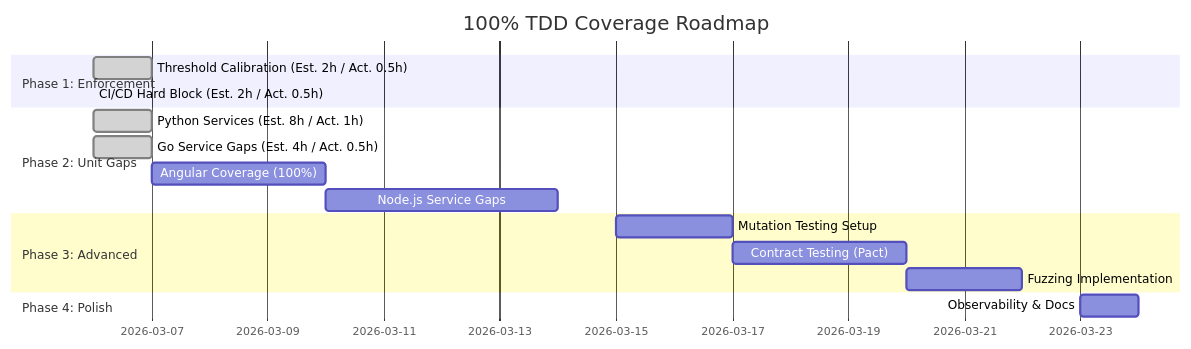
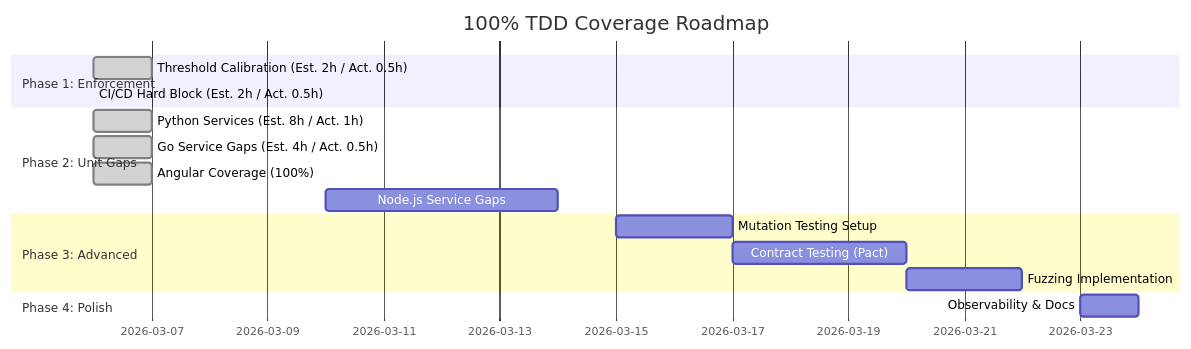
One commit to sergioitremotejobs2025-sketch/GreenHouse_Arduino changed the diagram in Timeline.md. Above: the diagram before and after it, drawn with Mermaid. The commit also changed other lines of this file and 17 other files, not shown here.

````diff
--- a/Timeline.md
+++ b/Timeline.md
@@ -49,22 +49,22 @@
 ```mermaid
 gantt
     title 100% TDD Coverage Roadmap
     dateFormat  YYYY-MM-DD
     section Phase 1: Enforcement
     Threshold Calibration (Est. 2h / Act. 0.5h)      :done, a1, 2026-03-06, 1d
     CI/CD Hard Block (Est. 2h / Act. 0.5h) :done, a2, 2026-03-06, 0d
     
     section Phase 2: Unit Gaps
     Python Services (Est. 8h / Act. 1h) :done, p1, 2026-03-06, 1d
     Go Service Gaps (Est. 4h / Act. 0.5h) :done, g1, 2026-03-06, 1d
-    Angular Coverage (100%)    :a2, 2026-03-07, 3d
+    Angular Coverage (100%)    :done, a2, 2026-03-06, 1d
     Node.js Service Gaps       :a3, 2026-03-10, 4d
     
     section Phase 3: Advanced
     Mutation Testing Setup     :a5, 2026-03-15, 2d
     Contract Testing (Pact)    :a6, 2026-03-17, 3d
     Fuzzing Implementation    :a7, 2026-03-20, 2d
     
     section Phase 4: Polish
     Observability & Docs       :a8, 2026-03-23, 1d
 ```
````
